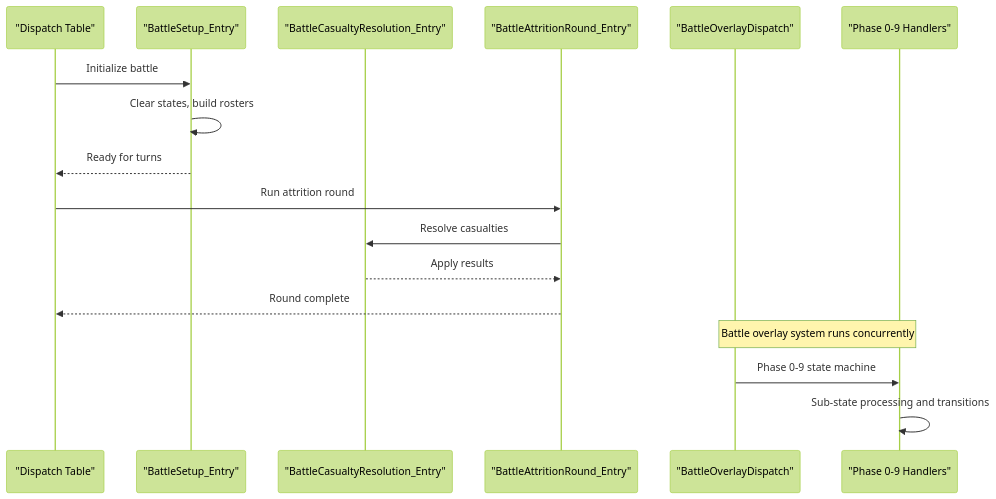
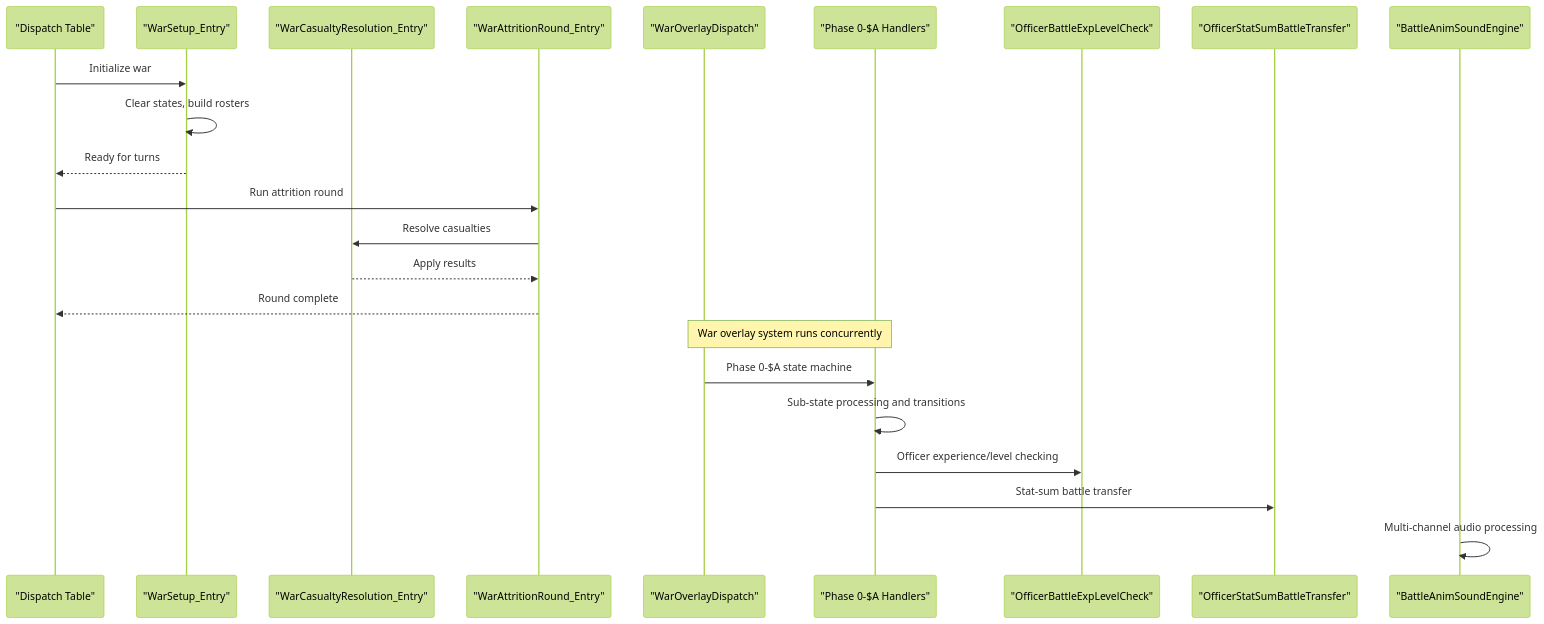
Before and after one commit to rabbyzero/sango2dasm: the eighth of 12 diagrams in .qoder/repowiki/en/content/Assembly Architecture/Bank Organization and Memory Layout/Battle and AI System - PRG Banks $08_$09.md, drawn with Mermaid (forest theme). The commit also changed other lines of this file and 11 other files, not shown here.

````diff
--- a/.qoder/repowiki/en/content/Assembly Architecture/Bank Organization and Memory Layout/Battle and AI System - PRG Banks $08_$09.md
+++ b/.qoder/repowiki/en/content/Assembly Architecture/Bank Organization and Memory Layout/Battle and AI System - PRG Banks $08_$09.md
@@ -345,19 +371,25 @@
 ```mermaid
 sequenceDiagram
 participant DT as "Dispatch Table"
-participant BS as "BattleSetup_Entry"
-participant CR as "BattleCasualtyResolution_Entry"
-participant AR as "BattleAttritionRound_Entry"
-participant BO as "BattleOverlayDispatch"
-participant PH as "Phase 0-9 Handlers"
-DT->>BS : Initialize battle
-BS->>BS : Clear states, build rosters
-BS-->>DT : Ready for turns
+participant WS as "WarSetup_Entry"
+participant CR as "WarCasualtyResolution_Entry"
+participant AR as "WarAttritionRound_Entry"
+participant WO as "WarOverlayDispatch"
+participant PH as "Phase 0-$A Handlers"
+participant AE as "OfficerBattleExpLevelCheck"
+participant ST as "OfficerStatSumBattleTransfer"
+participant AS as "BattleAnimSoundEngine"
+DT->>WS : Initialize war
+WS->>WS : Clear states, build rosters
+WS-->>DT : Ready for turns
 DT->>AR : Run attrition round
 AR->>CR : Resolve casualties
 CR-->>AR : Apply results
 AR-->>DT : Round complete
-Note over BO,PH : Battle overlay system runs concurrently
-BO->>PH : Phase 0-9 state machine
+Note over WO,PH : War overlay system runs concurrently
+WO->>PH : Phase 0-$A state machine
 PH->>PH : Sub-state processing and transitions
+PH->>AE : Officer experience/level checking
+PH->>ST : Stat-sum battle transfer
+AS->>AS : Multi-channel audio processing
 ```
````
